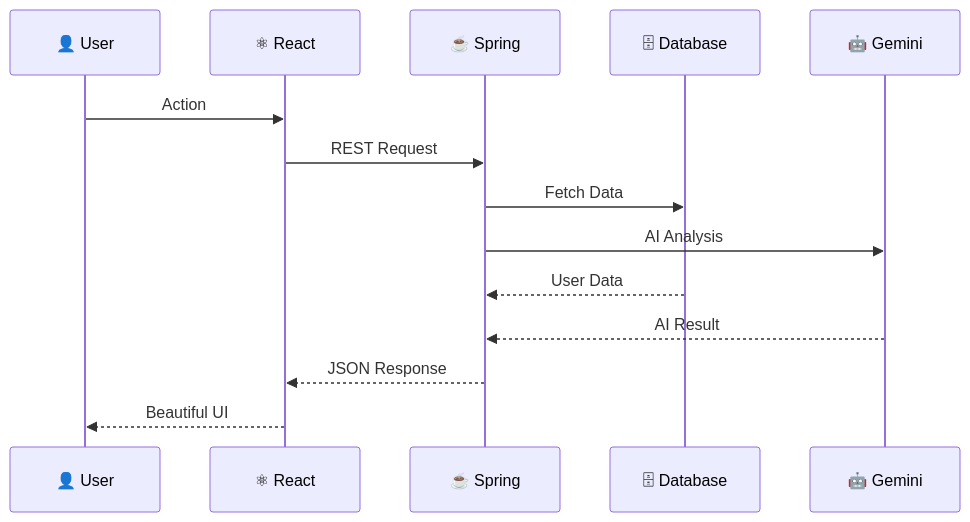
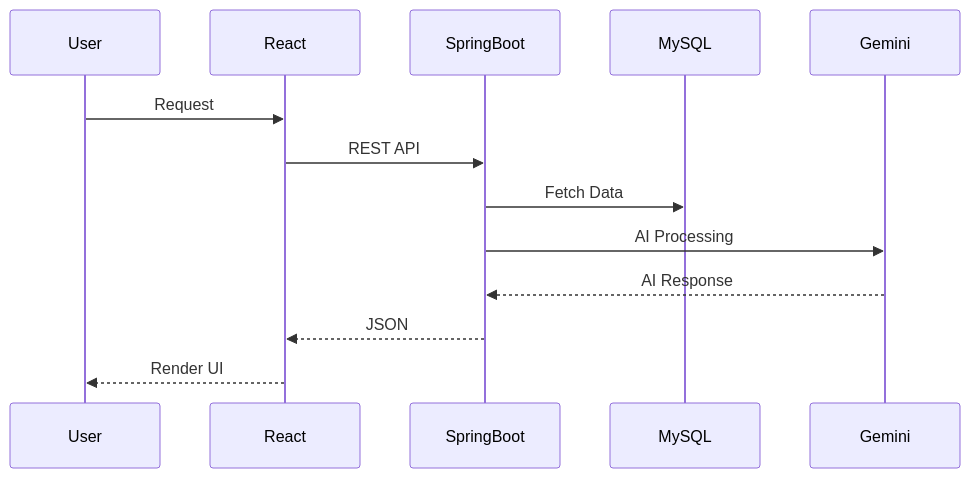
One commit to TheKanishkDev/SoulSync-AI changed the seventh of 7 diagrams in README.md. Above: the diagram before and after it, drawn with Mermaid. The commit also changed other lines of this file, not shown here.

````diff
--- a/README.md
+++ b/README.md
@@ -1036,25 +732,27 @@
 ```mermaid
 sequenceDiagram
 
-participant 👤 User
-participant ⚛ React
-participant ☕ Spring
-participant 🗄 Database
-participant 🤖 Gemini
+participant User
 
-👤 User->>⚛ React: Action
+participant React
 
-⚛ React->>☕ Spring: REST Request
+participant SpringBoot
 
-☕ Spring->>🗄 Database: Fetch Data
+participant MySQL
 
-☕ Spring->>🤖 Gemini: AI Analysis
+participant Gemini
 
-🗄 Database-->>☕ Spring: User Data
+User->>React: Request
 
-🤖 Gemini-->>☕ Spring: AI Result
+React->>SpringBoot: REST API
 
-☕ Spring-->>⚛ React: JSON Response
+SpringBoot->>MySQL: Fetch Data
 
-⚛ React-->>👤 User: Beautiful UI
+SpringBoot->>Gemini: AI Processing
+
+Gemini-->>SpringBoot: AI Response
+
+SpringBoot-->>React: JSON
+
+React-->>User: Render UI
 ```
````
